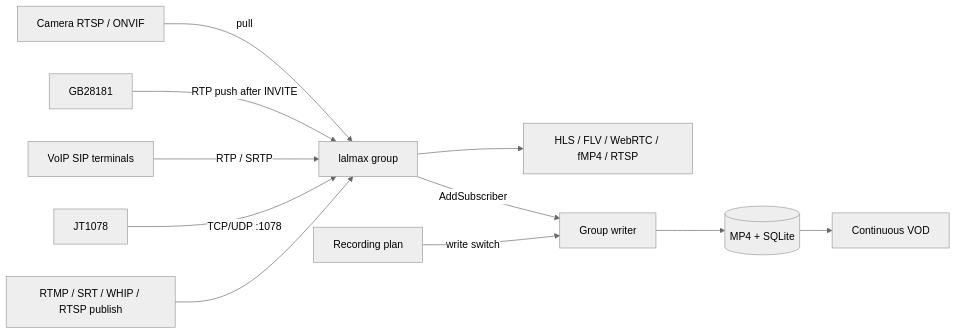
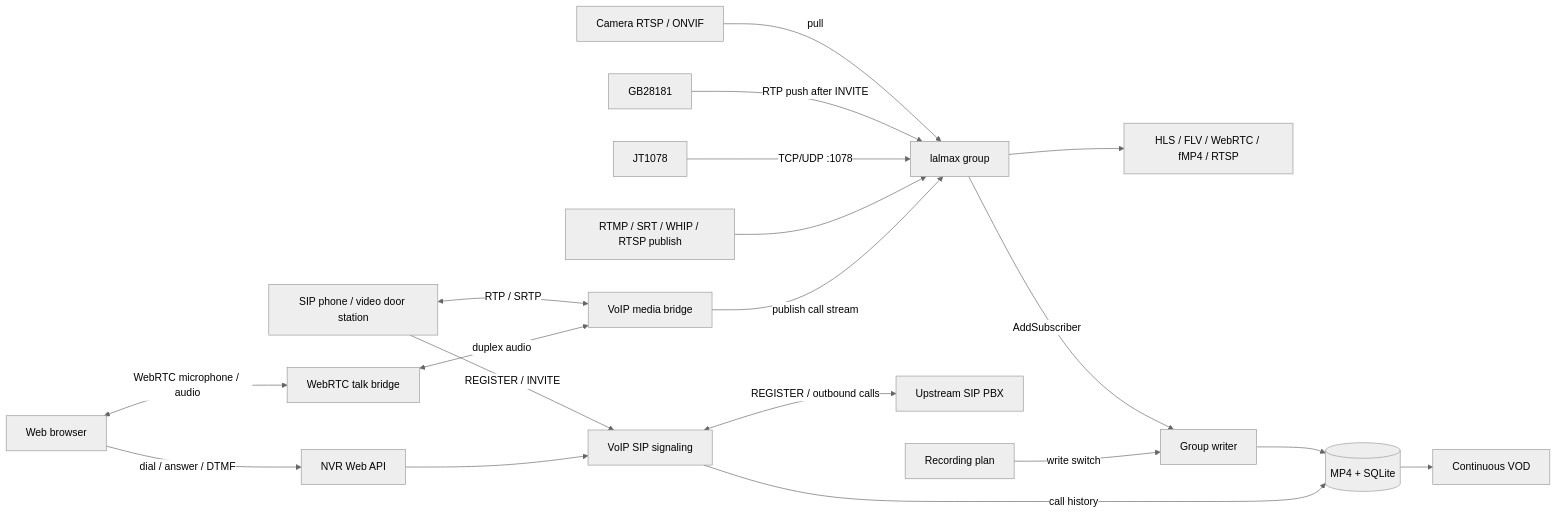
The diagram in README.md (lalmax-pro/lalmax-nvr), drawn with Mermaid (neutral theme) before and after one commit. The commit also changed 1 other file, not shown here.

Commit message:
docs: expand VoIP paths in README architecture

````diff
--- a/README.md
+++ b/README.md
@@ -36,13 +36,23 @@
 ```mermaid
 flowchart LR
   Cam[Camera RTSP / ONVIF] -->|pull| Group[lalmax group]
   GB[GB28181] -->|RTP push after INVITE| Group
-  SIP[VoIP SIP terminals] -->|RTP / SRTP| Group
   JT[JT1078] -->|TCP/UDP :1078| Group
   Push[RTMP / SRT / WHIP / RTSP publish] --> Group
+
+  Phone[SIP phone / video door station] -->|REGISTER / INVITE| VoIPSIP[VoIP SIP signaling]
+  VoIPSIP <-->|REGISTER / outbound calls| PBX[Upstream SIP PBX]
+  Phone <-->|RTP / SRTP| VoIPMedia[VoIP media bridge]
+  VoIPMedia -->|publish call stream| Group
+  Browser[Web browser] -->|dial / answer / DTMF| API[NVR Web API]
+  API --> VoIPSIP
+  Browser <-->|WebRTC microphone / audio| Talk[WebRTC talk bridge]
+  Talk <-->|duplex audio| VoIPMedia
+
   Group --> Live[HLS / FLV / WebRTC / fMP4 / RTSP]
   Group -->|AddSubscriber| Rec[Group writer]
   Plan[Recording plan] -->|write switch| Rec
   Rec --> Disk[(MP4 + SQLite)]
+  VoIPSIP -->|call history| Disk
   Disk --> VOD[Continuous VOD]
 ```
````
